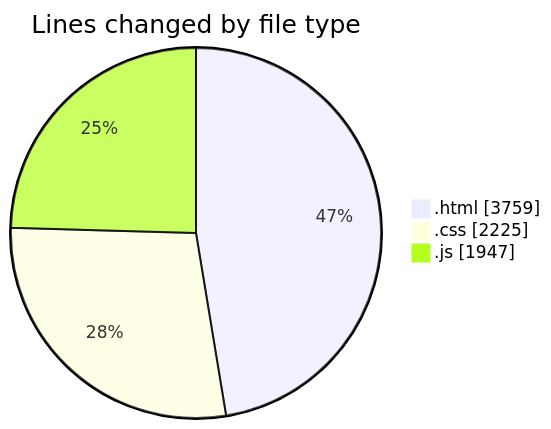
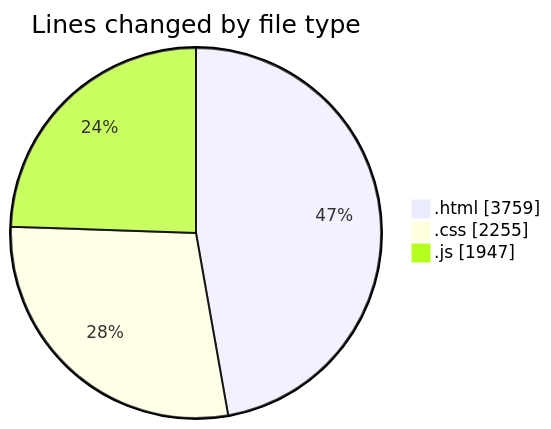
Before and after one commit to Ritupan-Deka/code-tracking: the first of 2 diagrams in 2025-05-24/projects/README.md, drawn with Mermaid. The commit also changed other lines of this file and 1 other file, not shown here.

````diff
--- a/2025-05-24/projects/README.md
+++ b/2025-05-24/projects/README.md
@@ -25,7 +25,7 @@
 ```mermaid
 pie showData
 title Lines changed by file type
 ".html" : 3759
-".css" : 2225
+".css" : 2255
 ".js" : 1947
 ```
````
